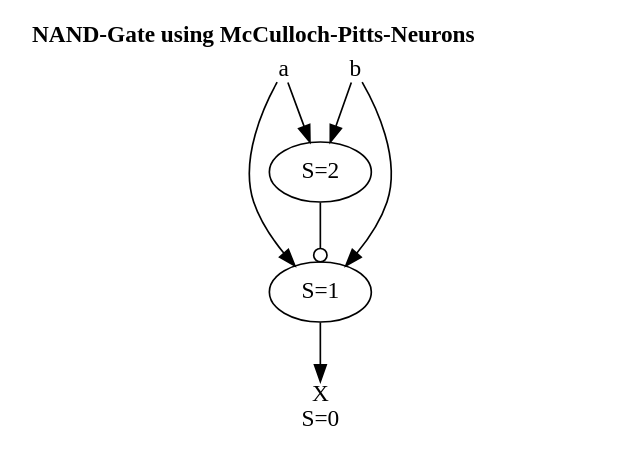
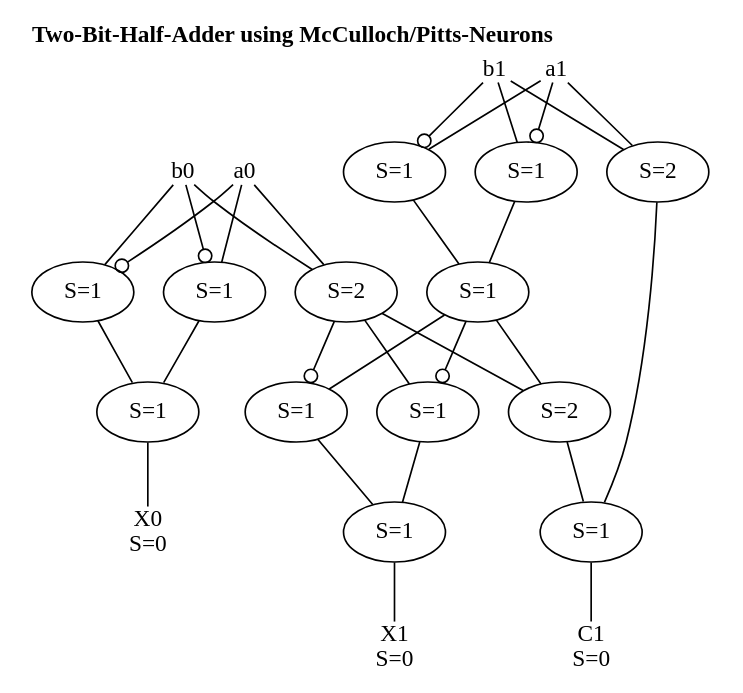
The diagram in P3_060_NeuroComputingBasics/target.dot (SV-97/Py3-Private), drawn with Graphviz before and after one commit. The commit also changed 2 other files, not shown here.

```diff
--- a/P3_060_NeuroComputingBasics/target.dot
+++ b/P3_060_NeuroComputingBasics/target.dot
@@ -1,17 +1,56 @@
 
 digraph G {
     compound = true;
     labelloc = "t";
-    label = <<B>NAND-Gate using McCulloch-Pitts-Neurons</B>>;
-
-    140552616525216 [label="a", shape=plain];
-    140552616525272 [label="b", shape=plain];
-    140552616525328 [shape=plain, label="X\nS=0"];
-    140552616525160 [label="S=2"];
-    140552616525384 [label="S=1"];
-    140552616525384 -> 140552616525328;    140552616525216 -> 140552616525160;
-    140552616525272 -> 140552616525160;
-    140552616525216 -> 140552616525384;
-    140552616525272 -> 140552616525384;
-    140552616525160 -> 140552616525384 [arrowhead=odot];
+    label = <<B>Two-Bit-Half-Adder using McCulloch/Pitts-Neurons</B>>;
+    edge [arrowhead=none];
+    139768107707864 [label="a0", shape=plain];
+    139768107707920 [label="b0", shape=plain];
+    139768107707976 [label="a1", shape=plain];
+    139768107708032 [label="b1", shape=plain];
+    139768107708256 [shape=plain, label="X0\nS=0"];
+    139768107708312 [shape=plain, label="X1\nS=0"];
+    139768107708368 [shape=plain, label="C1\nS=0"];
+    139768107708200 [label="S=1"];
+    139768108024160 [label="S=1"];
+    139768108024048 [label="S=1"];
+    139768108024104 [label="S=2"];
+    139768108024272 [label="S=1"];
+    139768108024384 [label="S=1"];
+    139768108024496 [label="S=1"];
+    139768108024608 [label="S=2"];
+    139768108024720 [label="S=1"];
+    139768108024832 [label="S=1"];
+    139768108024944 [label="S=1"];
+    139768108025056 [label="S=2"];
+    139768108025168 [label="S=1"];
+    139768108024048 -> 139768107708256;
+    139768108024944 -> 139768107708312;
+    139768108025168 -> 139768107708368;
+    139768107707864 -> 139768107708200;
+    139768107707920 -> 139768107708200 [arrowhead=odot];
+    139768107707920 -> 139768108024160;
+    139768107707864 -> 139768108024160 [arrowhead=odot];
+    139768107708200 -> 139768108024048;
+    139768108024160 -> 139768108024048;
+    139768107707864 -> 139768108024104;
+    139768107707920 -> 139768108024104;
+    139768107707976 -> 139768108024272;
+    139768107708032 -> 139768108024272 [arrowhead=odot];
+    139768107708032 -> 139768108024384;
+    139768107707976 -> 139768108024384 [arrowhead=odot];
+    139768108024272 -> 139768108024496;
+    139768108024384 -> 139768108024496;
+    139768107707976 -> 139768108024608;
+    139768107708032 -> 139768108024608;
+    139768108024104 -> 139768108024720;
+    139768108024496 -> 139768108024720 [arrowhead=odot];
+    139768108024496 -> 139768108024832;
+    139768108024104 -> 139768108024832 [arrowhead=odot];
+    139768108024720 -> 139768108024944;
+    139768108024832 -> 139768108024944;
+    139768108024496 -> 139768108025056;
+    139768108024104 -> 139768108025056;
+    139768108024608 -> 139768108025168;
+    139768108025056 -> 139768108025168;
 }
```
